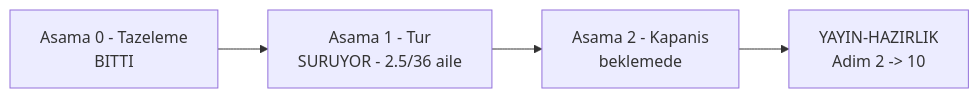
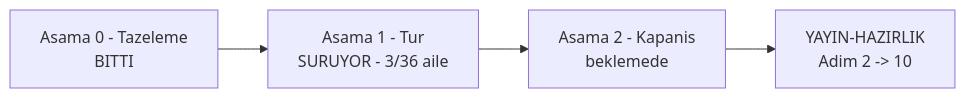
One commit to farukatasoy/Tracon changed the diagram in docs/manuel-test/kosumlar/2026-09-16/DEVIR.md. Above: the diagram before and after it, drawn with Mermaid. The commit also changed other lines of this file and 2 other files, not shown here.

````diff
--- a/docs/manuel-test/kosumlar/2026-09-16/DEVIR.md
+++ b/docs/manuel-test/kosumlar/2026-09-16/DEVIR.md
@@ -31,6 +31,6 @@
 ```mermaid
 flowchart LR
-    A["Asama 0 - Tazeleme<br/>BITTI"] --> B["Asama 1 - Tur<br/>SURUYOR - 2.5/36 aile"]
+    A["Asama 0 - Tazeleme<br/>BITTI"] --> B["Asama 1 - Tur<br/>SURUYOR - 3/36 aile"]
     B --> C["Asama 2 - Kapanis<br/>beklemede"]
     C --> D["YAYIN-HAZIRLIK<br/>Adim 2 -> 10"]
 ```
````
